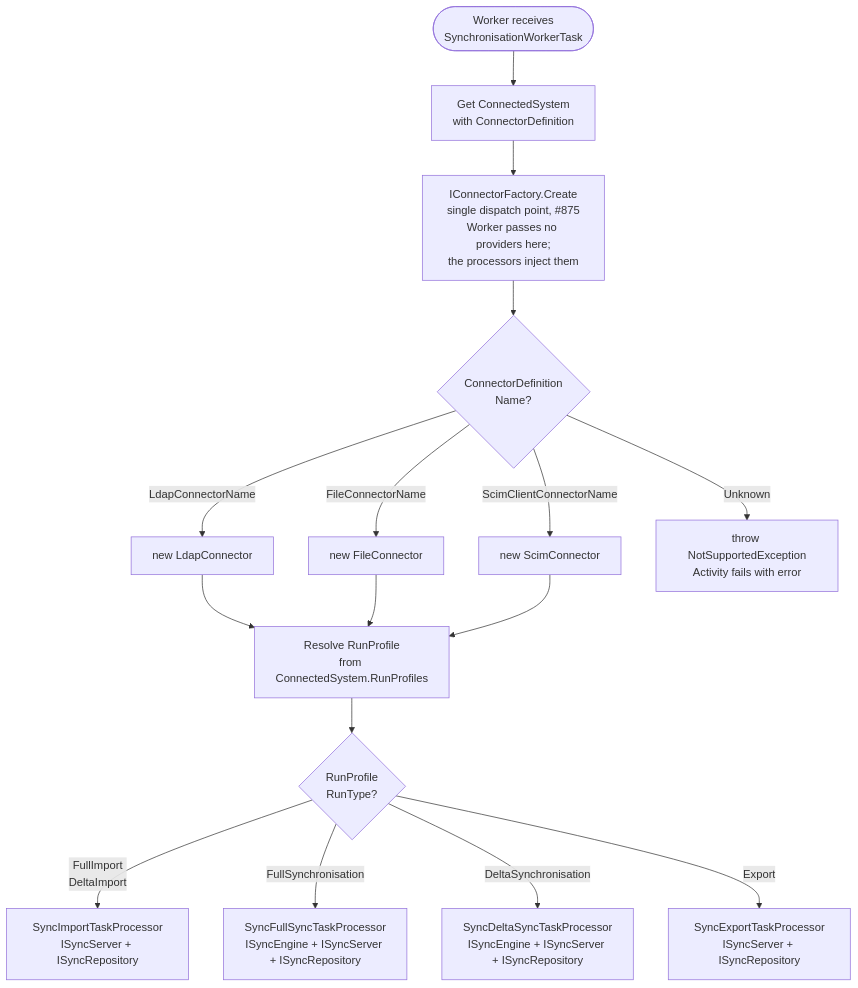
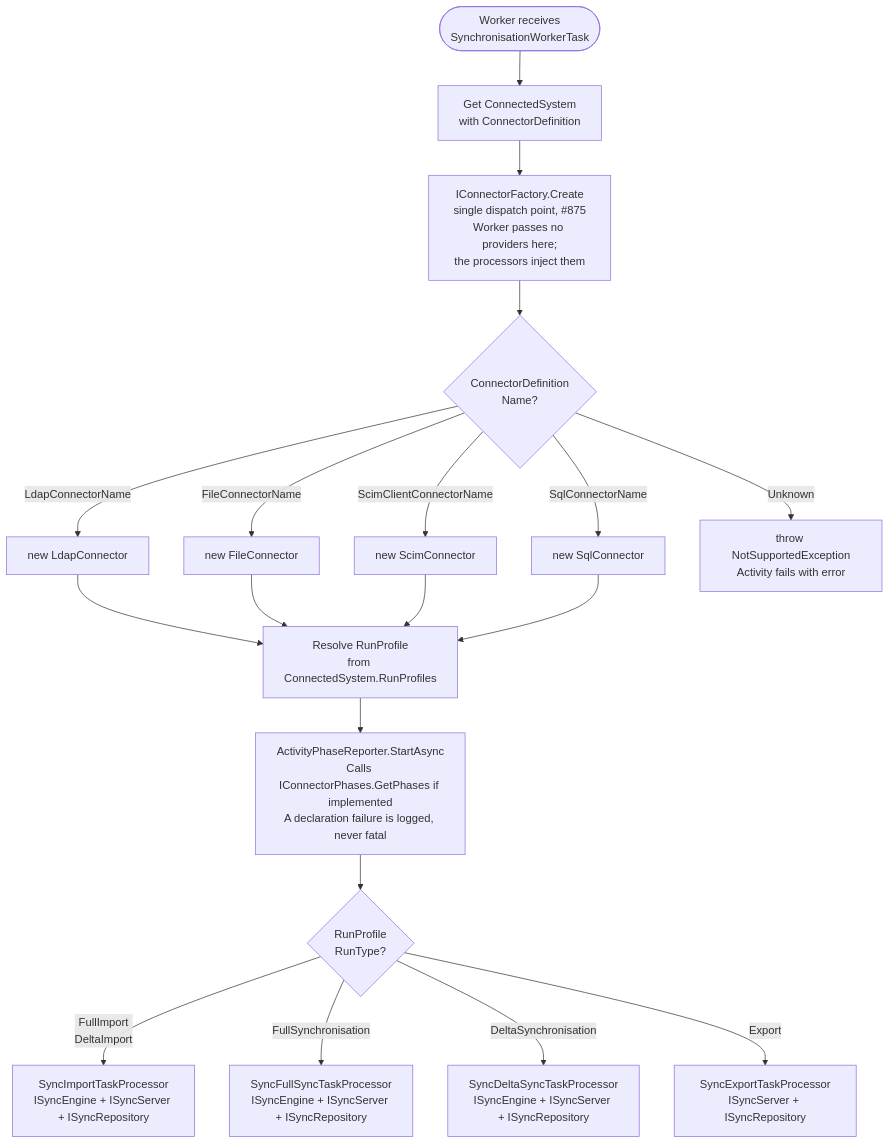
One commit to TetronIO/JIM changed the second of 7 diagrams in docs/developer/diagrams/CONNECTOR_LIFECYCLE.md. Above: the diagram before and after it, drawn with Mermaid. The commit also changed other lines of this file and 49 other files, not shown here.

Commit message:
docs: update documentation, diagrams and changelog for v0.15.0 release

````diff
--- a/docs/developer/diagrams/CONNECTOR_LIFECYCLE.md
+++ b/docs/developer/diagrams/CONNECTOR_LIFECYCLE.md
@@ -29,21 +36,24 @@
 ```mermaid
 flowchart TD
     TaskStart([Worker receives<br/>SynchronisationWorkerTask]) --> GetCS[Get ConnectedSystem<br/>with ConnectorDefinition]
     GetCS --> Factory[IConnectorFactory.Create<br/>single dispatch point, #875<br/>Worker passes no providers here;<br/>the processors inject them]
     Factory --> MatchName{ConnectorDefinition<br/>Name?}
 
     MatchName -->|LdapConnectorName| CreateLdap[new LdapConnector]
     MatchName -->|FileConnectorName| CreateFile[new FileConnector]
     MatchName -->|ScimClientConnectorName| CreateScim[new ScimConnector]
+    MatchName -->|SqlConnectorName| CreateSql[new SqlConnector]
     MatchName -->|Unknown| ThrowError[throw NotSupportedException<br/>Activity fails with error]
 
     CreateLdap --> GetRunProfile[Resolve RunProfile<br/>from ConnectedSystem.RunProfiles]
     CreateFile --> GetRunProfile
     CreateScim --> GetRunProfile
+    CreateSql --> GetRunProfile
 
-    GetRunProfile --> RouteByType{RunProfile<br/>RunType?}
-    RouteByType -->|FullImport<br/>DeltaImport| ImportProcessor[SyncImportTaskProcessor<br/>ISyncServer + ISyncRepository]
+    GetRunProfile --> DeclarePhases[ActivityPhaseReporter.StartAsync<br/>Calls IConnectorPhases.GetPhases if implemented<br/>A declaration failure is logged, never fatal]
+    DeclarePhases --> RouteByType{RunProfile<br/>RunType?}
+    RouteByType -->|FullImport<br/>DeltaImport| ImportProcessor[SyncImportTaskProcessor<br/>ISyncEngine + ISyncServer + ISyncRepository]
     RouteByType -->|FullSynchronisation| FullSyncProcessor[SyncFullSyncTaskProcessor<br/>ISyncEngine + ISyncServer + ISyncRepository]
     RouteByType -->|DeltaSynchronisation| DeltaSyncProcessor[SyncDeltaSyncTaskProcessor<br/>ISyncEngine + ISyncServer + ISyncRepository]
     RouteByType -->|Export| ExportProcessor[SyncExportTaskProcessor<br/>ISyncServer + ISyncRepository]
 ```
````
